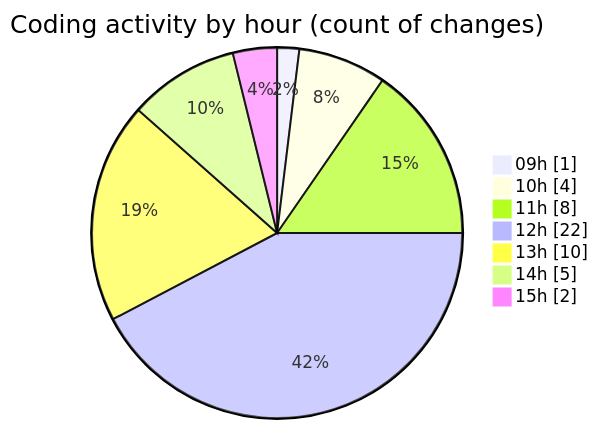
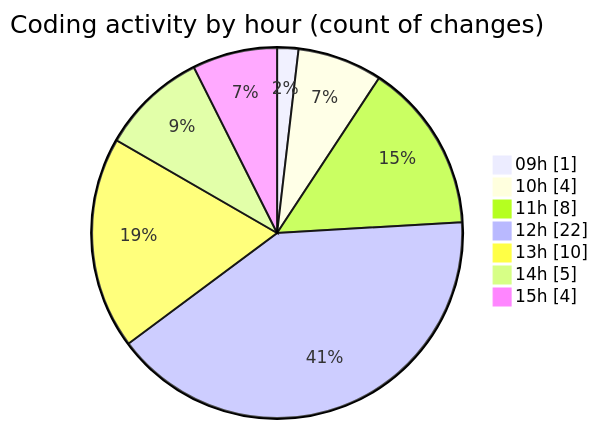
One commit to momahboobian/code-tracking changed the second of 2 diagrams in 2025-10-21/cda/README.md. Above: the diagram before and after it, drawn with Mermaid. The commit also changed other lines of this file and 1 other file, not shown here.

````diff
--- a/2025-10-21/cda/README.md
+++ b/2025-10-21/cda/README.md
@@ -42,11 +43,11 @@
 ```mermaid
 pie showData
 title Coding activity by hour (count of changes)
 "09h" : 1
 "10h" : 4
 "11h" : 8
 "12h" : 22
 "13h" : 10
 "14h" : 5
-"15h" : 2
+"15h" : 4
 ```
````
